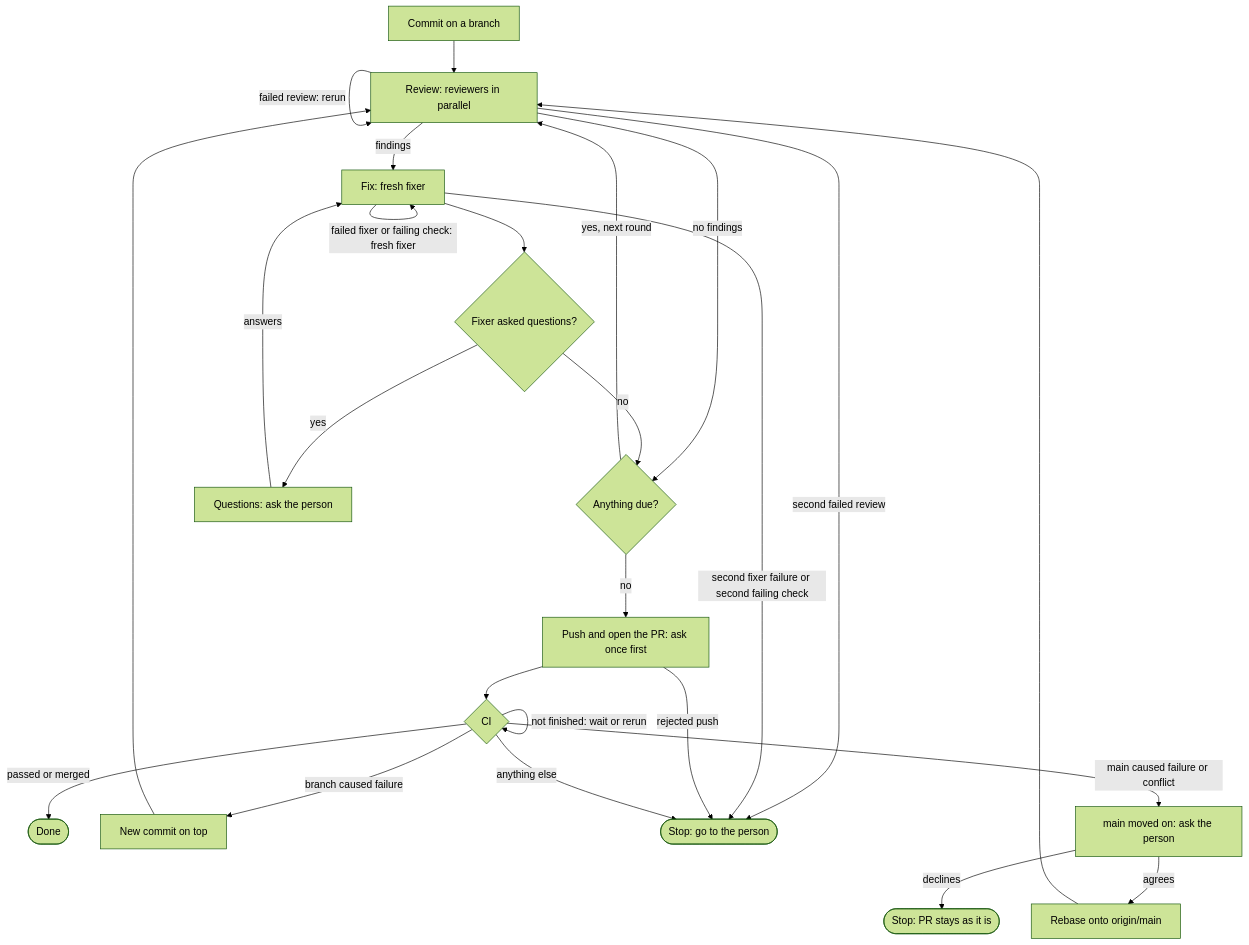
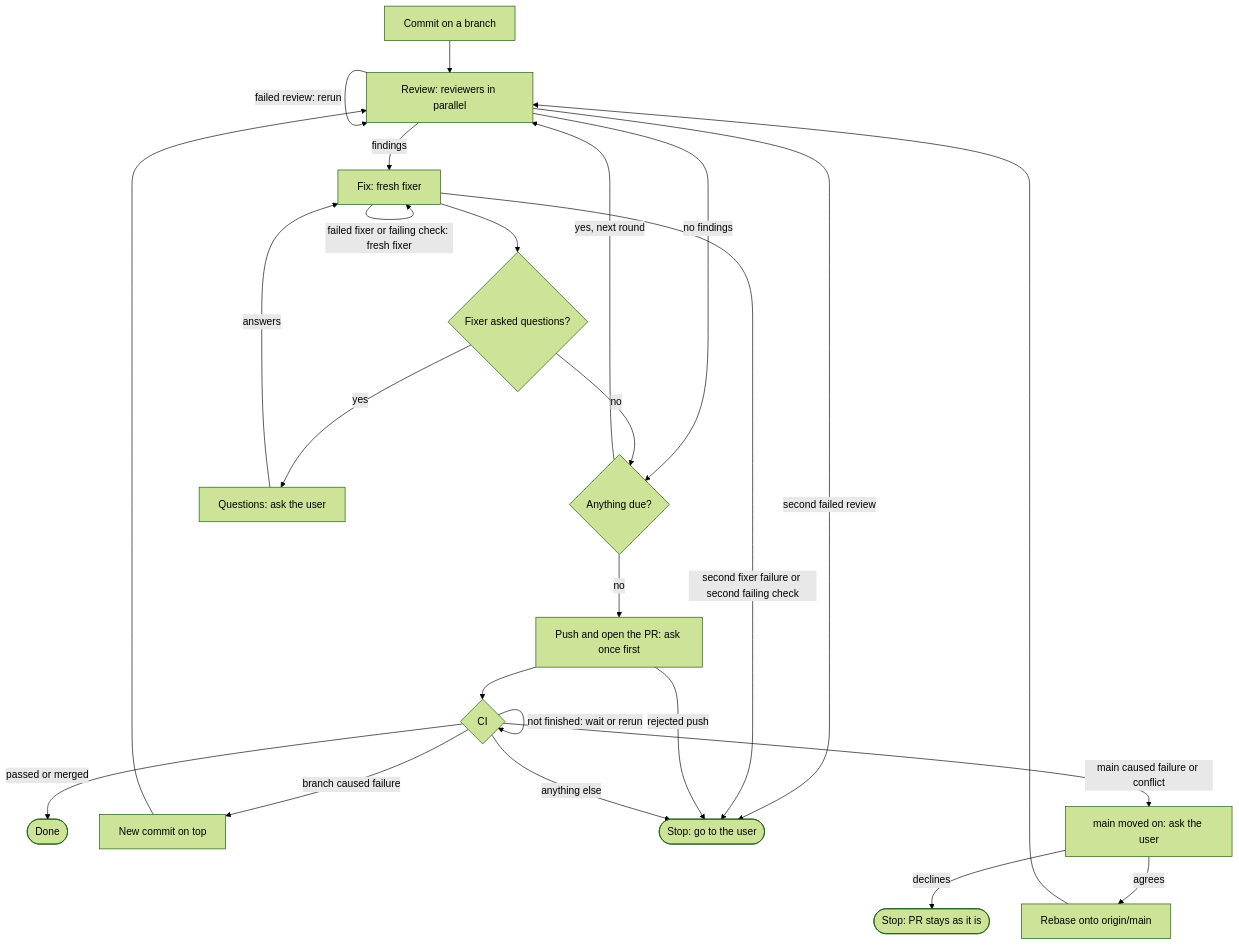
The diagram in skills/review-loop/SKILL.md (worldalliance/alliance), drawn with Mermaid (forest theme) before and after one commit. The commit also changed other lines of this file and 4 other files, not shown here.

First line of the commit message:
Call the human in the review loop the user

````diff
--- a/skills/review-loop/SKILL.md
+++ b/skills/review-loop/SKILL.md
@@ -16,27 +16,27 @@
 ```mermaid
 flowchart TD
   commit["Commit on a branch"] --> review["Review: reviewers in parallel"]
   review -->|failed review: rerun| review
   review -->|findings| fix["Fix: fresh fixer"]
   review -->|no findings| due{"Anything due?"}
   fix -->|failed fixer or failing check: fresh fixer| fix
   fix --> questions{"Fixer asked questions?"}
-  questions -->|yes| ask["Questions: ask the person"]
+  questions -->|yes| ask["Questions: ask the user"]
   ask -->|answers| fix
   questions -->|no| due
   due -->|yes, next round| review
   due -->|no| push["Push and open the PR: ask once first"]
   push --> ci{"CI"}
   ci -->|not finished: wait or rerun| ci
   ci -->|passed or merged| finished(["Done"])
   ci -->|branch caused failure| newCommit["New commit on top"]
   newCommit --> review
-  ci -->|main caused failure or conflict| moved["main moved on: ask the person"]
+  ci -->|main caused failure or conflict| moved["main moved on: ask the user"]
   moved -->|agrees| rebase["Rebase onto origin/main"]
   rebase --> review
   moved -->|declines| stays(["Stop: PR stays as it is"])
-  review -->|second failed review| person(["Stop: go to the person"])
-  fix -->|second fixer failure or second failing check| person
-  push -->|rejected push| person
-  ci -->|anything else| person
+  review -->|second failed review| user(["Stop: go to the user"])
+  fix -->|second fixer failure or second failing check| user
+  push -->|rejected push| user
+  ci -->|anything else| user
 ```
````
